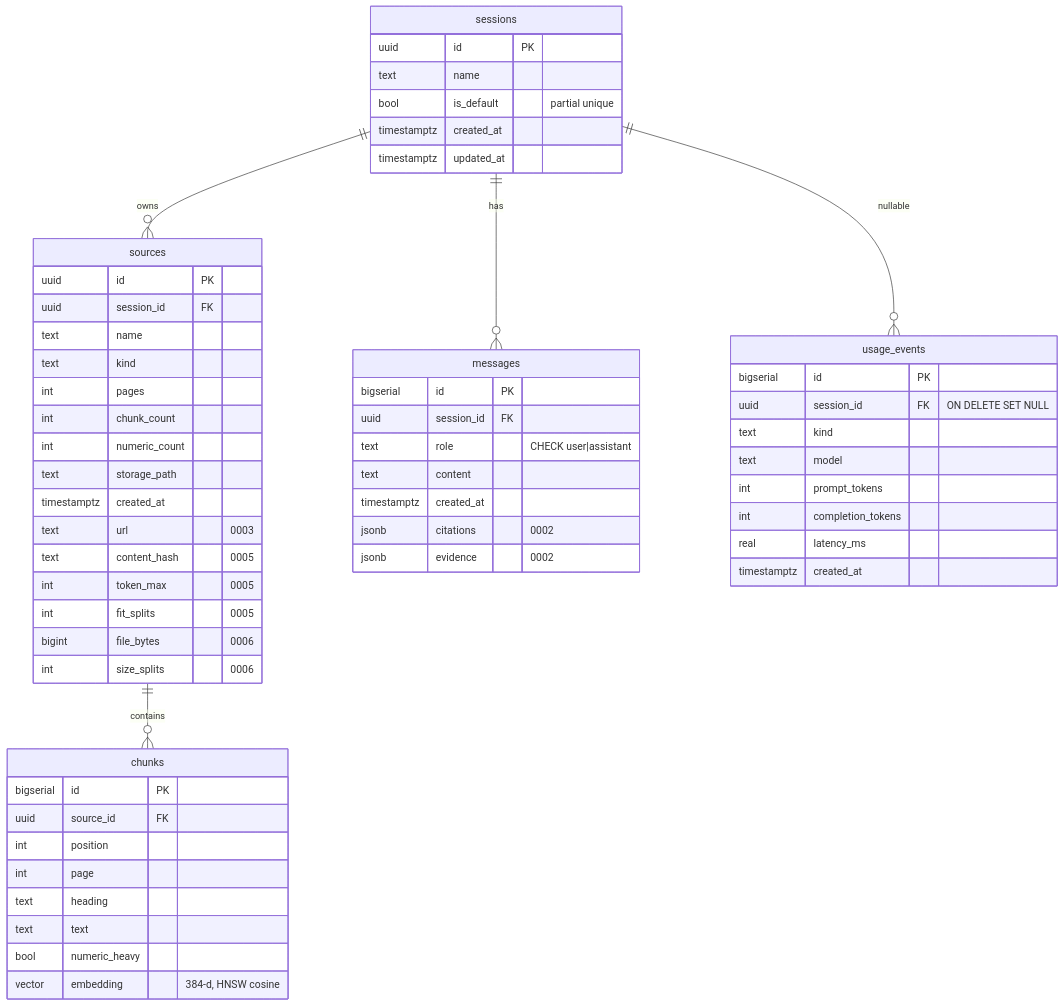
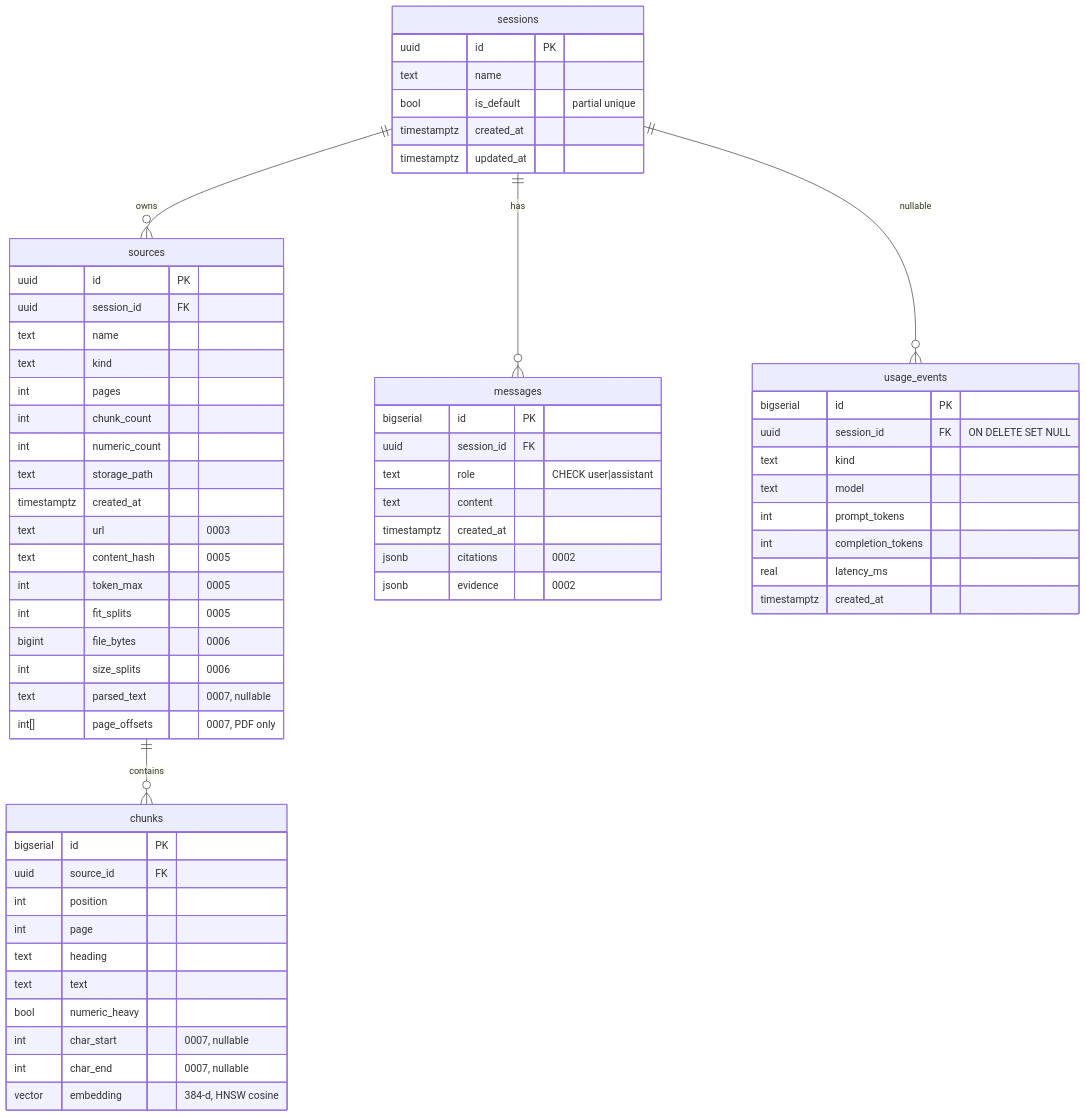
One commit to memoona-zahur/NotebookLM changed the second of 2 diagrams in REQUIREMENTS.md. Above: the diagram before and after it, drawn with Mermaid. The commit also changed other lines of this file and 15 other files, not shown here.

````diff
--- a/REQUIREMENTS.md
+++ b/REQUIREMENTS.md
@@ -623,60 +629,64 @@
 ```mermaid
 erDiagram
     sessions ||--o{ sources : owns
     sessions ||--o{ messages : has
     sessions ||--o{ usage_events : "nullable"
     sources  ||--o{ chunks : contains
     sources {
         uuid id PK
         uuid session_id FK
         text name
         text kind
         int  pages
         int  chunk_count
         int  numeric_count
         text storage_path
         timestamptz created_at
         text url "0003"
         text content_hash "0005"
         int  token_max "0005"
         int  fit_splits "0005"
         bigint file_bytes "0006"
         int  size_splits "0006"
+        text parsed_text "0007, nullable"
+        int[] page_offsets "0007, PDF only"
     }
     chunks {
         bigserial id PK
         uuid source_id FK
         int  position
         int  page
         text heading
         text text
         bool numeric_heavy
+        int  char_start "0007, nullable"
+        int  char_end "0007, nullable"
         vector embedding "384-d, HNSW cosine"
     }
     messages {
         bigserial id PK
         uuid session_id FK
         text role "CHECK user|assistant"
         text content
         timestamptz created_at
         jsonb citations "0002"
         jsonb evidence "0002"
     }
     usage_events {
         bigserial id PK
         uuid session_id FK "ON DELETE SET NULL"
         text kind
         text model
         int  prompt_tokens
         int  completion_tokens
         real latency_ms
         timestamptz created_at
     }
     sessions {
         uuid id PK
         text name
         bool is_default "partial unique"
         timestamptz created_at
         timestamptz updated_at
     }
 ```
````
